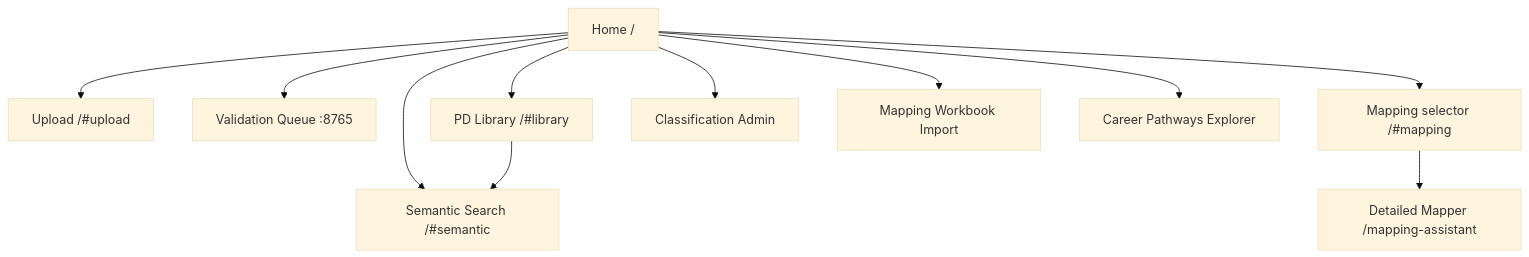
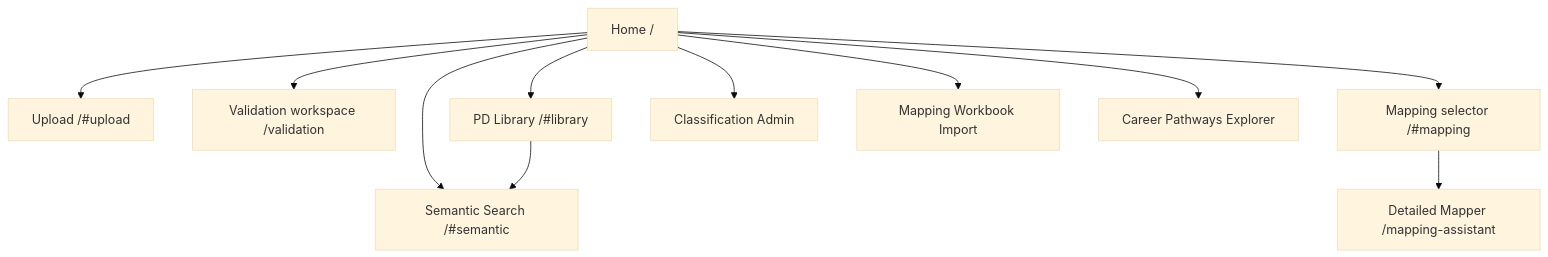
One commit to brettbyles-rgb/pd-management-system changed the second of 5 diagrams in docs/product-map-current-state.md. Above: the diagram before and after it, drawn with Mermaid (base theme). The commit also changed other lines of this file and 11 other files, not shown here.

Commit message:
Integrate validation workspace into joined app

````diff
--- a/docs/product-map-current-state.md
+++ b/docs/product-map-current-state.md
@@ -90,25 +90,25 @@
 ```mermaid
 flowchart TD
     Home["Home /"]
     Upload["Upload /#upload"]
-    Validation["Validation Queue :8765"]
+    Validation["Validation workspace /validation"]
     Library["PD Library /#library"]
     Semantic["Semantic Search /#semantic"]
     MapSelect["Mapping selector /#mapping"]
     Mapper["Detailed Mapper /mapping-assistant"]
     ClassAdmin["Classification Admin"]
     Workbook["Mapping Workbook Import"]
     Explorer["Career Pathways Explorer"]
 
     Home --> Upload
     Home --> Validation
     Home --> Library
     Home --> Semantic
     Home --> MapSelect
     Home --> ClassAdmin
     Home --> Workbook
     Home --> Explorer
     Library --> Semantic
     MapSelect --> Mapper
 
 ```
````
